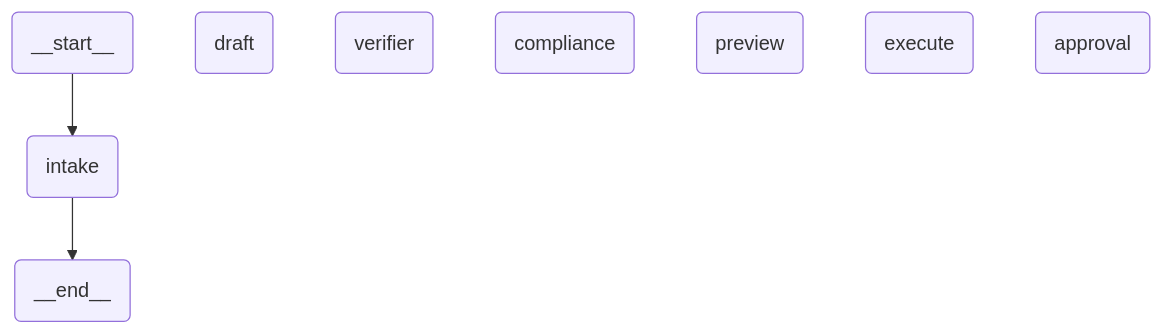
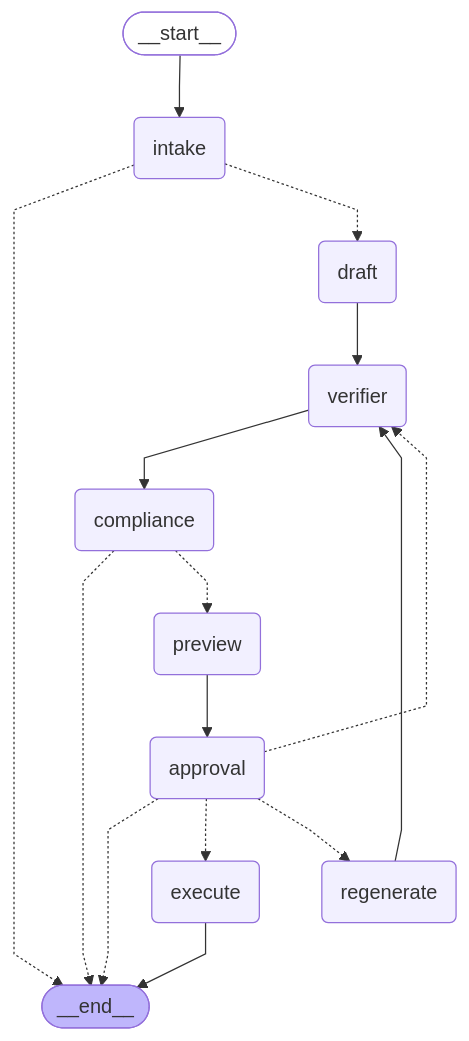
Before and after one commit to muhammad-moiz-ansari/gigbid: the diagram in docs/images/conversation.mmd, drawn with Mermaid. The commit also changed 30 other files, not shown here.

First line of the commit message:
feat: implement durable bid graph with grounded approvals

```diff
--- a/docs/images/conversation.mmd
+++ b/docs/images/conversation.mmd
@@ -1,20 +1,33 @@
 ---
 config:
   flowchart:
     curve: linear
 ---
 graph TD;
-	__start__(<p>__start__</p>)
+	__start__([<p>__start__</p>]):::first
 	intake(intake)
 	draft(draft)
 	verifier(verifier)
 	compliance(compliance)
 	preview(preview)
+	regenerate(regenerate)
+	approval(approval)
 	execute(execute)
-	approval(approval)
-	__end__(<p>__end__</p>)
+	__end__([<p>__end__</p>]):::last
 	__start__ --> intake;
-	intake --> __end__;
+	approval -.-> __end__;
+	approval -.-> execute;
+	approval -.-> regenerate;
+	approval -.-> verifier;
+	compliance -.-> __end__;
+	compliance -.-> preview;
+	draft --> verifier;
+	intake -.-> __end__;
+	intake -.-> draft;
+	preview --> approval;
+	regenerate --> verifier;
+	verifier --> compliance;
+	execute --> __end__;
 	classDef default fill:#f2f0ff,line-height:1.2
 	classDef first fill-opacity:0
 	classDef last fill:#bfb6fc
```
